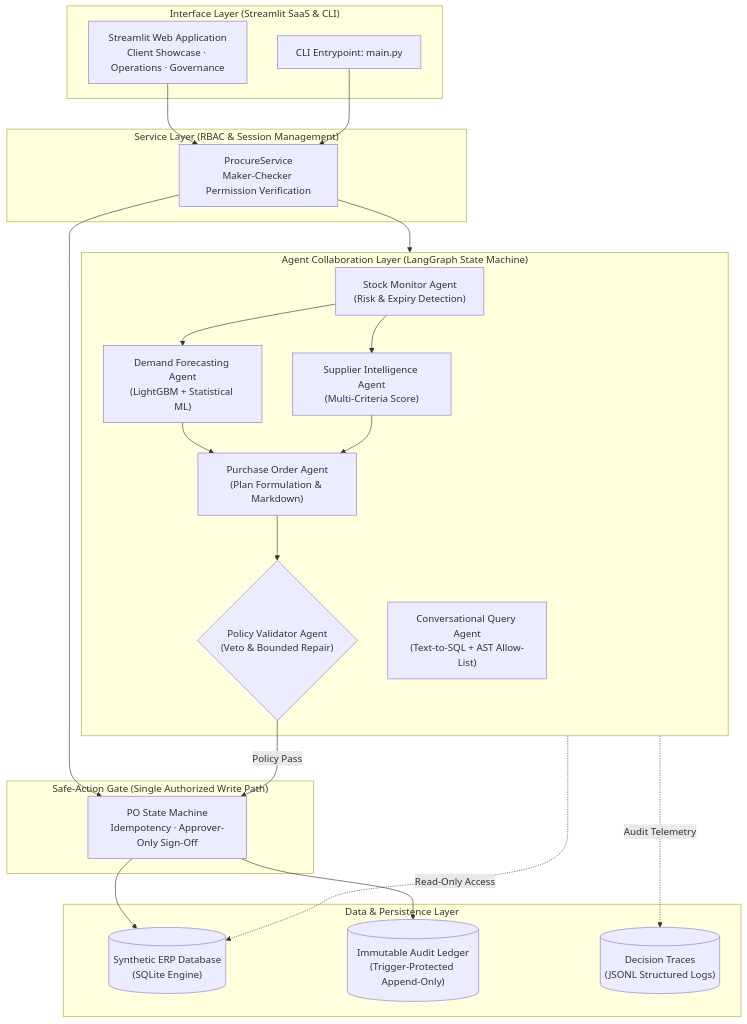
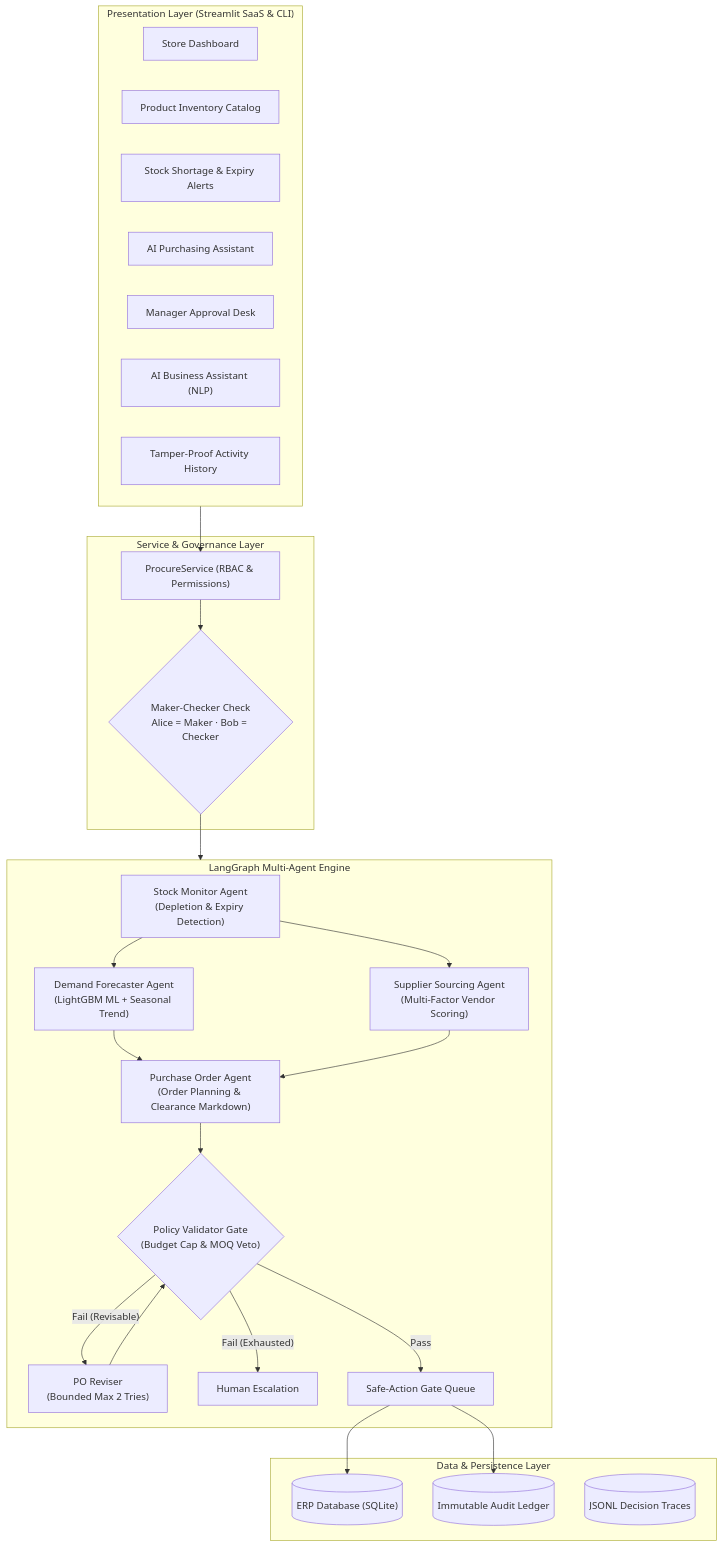
The diagram in README.md (Arkeshak/ralypto-university), drawn with Mermaid before and after one commit. The commit also changed other lines of this file and 7 other files, not shown here.

Commit message:
docs: overhaul README with executive screenshots, architecture, and live tour

````diff
--- a/README.md
+++ b/README.md
@@ -59,45 +114,49 @@
 ```mermaid
 flowchart TB
-    subgraph UI["Interface Layer (Streamlit SaaS & CLI)"]
-        ST["Streamlit Web Application<br/>Client Showcase · Operations · Governance"]
-        CLI["CLI Entrypoint: main.py"]
+    subgraph UI["Presentation Layer (Streamlit SaaS & CLI)"]
+        DASH["Store Dashboard"]
+        INV["Product Inventory Catalog"]
+        ALERTS["Stock Shortage & Expiry Alerts"]
+        ASSIST["AI Purchasing Assistant"]
+        APPR["Manager Approval Desk"]
+        CHAT["AI Business Assistant (NLP)"]
+        AUDIT["Tamper-Proof Activity History"]
     end
 
-    subgraph SVC["Service Layer (RBAC & Session Management)"]
-        S["ProcureService<br/>Maker-Checker Permission Verification"]
+    subgraph SVC["Service & Governance Layer"]
+        PS["ProcureService (RBAC & Permissions)"]
+        RBAC{"Maker-Checker Check<br/>Alice = Maker · Bob = Checker"}
     end
 
-    subgraph AG["Agent Collaboration Layer (LangGraph State Machine)"]
-        SM["Stock Monitor Agent<br/>(Risk & Expiry Detection)"]
-        FC["Demand Forecasting Agent<br/>(LightGBM + Statistical ML)"]
-        SU["Supplier Intelligence Agent<br/>(Multi-Criteria Score)"]
-        PO["Purchase Order Agent<br/>(Plan Formulation & Markdown)"]
-        VA{"Policy Validator Agent<br/>(Veto & Bounded Repair)"}
-        QA["Conversational Query Agent<br/>(Text-to-SQL + AST Allow-List)"]
+    subgraph AG["LangGraph Multi-Agent Engine"]
+        SM["Stock Monitor Agent<br/>(Depletion & Expiry Detection)"]
+        FC["Demand Forecaster Agent<br/>(LightGBM ML + Seasonal Trend)"]
+        SU["Supplier Sourcing Agent<br/>(Multi-Factor Vendor Scoring)"]
+        PO["Purchase Order Agent<br/>(Order Planning & Clearance Markdown)"]
+        VA{"Policy Validator Gate<br/>(Budget Cap & MOQ Veto)"}
+        REV["PO Reviser<br/>(Bounded Max 2 Tries)"]
+        ESC["Human Escalation"]
 
         SM --> FC
         SM --> SU
         FC --> PO
         SU --> PO
         PO --> VA
-    end
-
-    subgraph GATE["Safe-Action Gate (Single Authorized Write Path)"]
-        G["PO State Machine<br/>Idempotency · Approver-Only Sign-Off"]
+        VA -- "Pass" --> GATE["Safe-Action Gate Queue"]
+        VA -- "Fail (Revisable)" --> REV
+        REV --> VA
+        VA -- "Fail (Exhausted)" --> ESC
     end
 
     subgraph DATA["Data & Persistence Layer"]
-        DB[("Synthetic ERP Database<br/>(SQLite Engine)")]
-        AU[("Immutable Audit Ledger<br/>(Trigger-Protected Append-Only)")]
-        TR[("Decision Traces<br/>(JSONL Structured Logs)")]
+        ERP[("ERP Database (SQLite)")]
+        LOG[("Immutable Audit Ledger")]
+        TR[("JSONL Decision Traces")]
     end
 
-    ST & CLI --> S
-    S --> AG
-    S --> G
-    VA -- "Policy Pass" --> G
-    G --> DB
-    G --> AU
-    AG -. "Read-Only Access" .-> DB
-    AG -. "Audit Telemetry" .-> TR
+    UI --> PS
+    PS --> RBAC
+    RBAC --> AG
+    GATE --> ERP
+    GATE --> LOG
 ```
````
